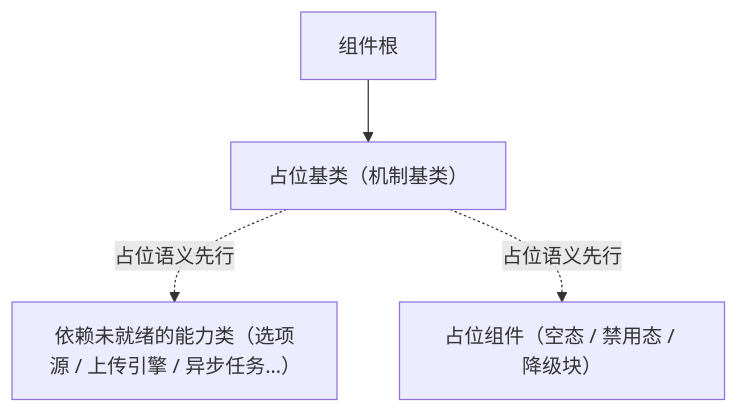
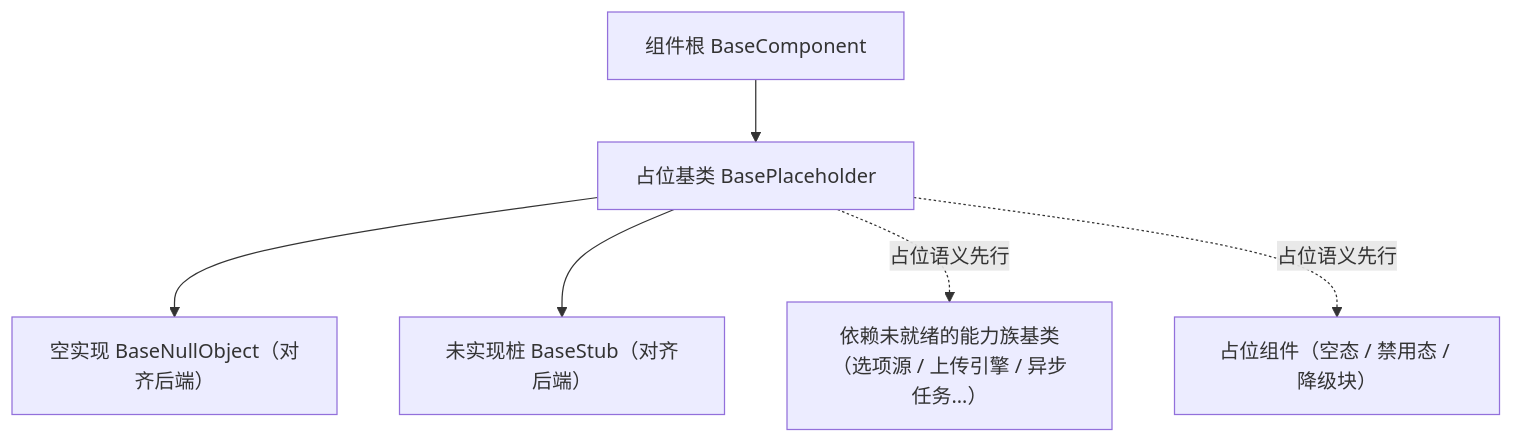
Before and after one commit to minjian123/basic-management-system: the diagram in bms文档/设计/组件设计/02_基础组件类/01_机制基类/04_组件设计_占位基类/04_组件设计_占位基类.md, drawn with Mermaid. The commit also changed other lines of this file and 126 other files, not shown here.

````diff
--- a/bms文档/设计/组件设计/02_基础组件类/01_机制基类/04_组件设计_占位基类/04_组件设计_占位基类.md
+++ b/bms文档/设计/组件设计/02_基础组件类/01_机制基类/04_组件设计_占位基类/04_组件设计_占位基类.md
@@ -16,6 +16,8 @@
 ```mermaid
 flowchart TD
-    COMP["组件根"] --> PH["占位基类（机制基类）"]
-    PH -. "占位语义先行" .-> CAP["依赖未就绪的能力类（选项源 / 上传引擎 / 异步任务…）"]
+    COMP["组件根 BaseComponent"] --> PH["占位基类 BasePlaceholder"]
+    PH --> NO["空实现 BaseNullObject（对齐后端）"]
+    PH --> ST["未实现桩 BaseStub（对齐后端）"]
+    PH -. "占位语义先行" .-> CAP["依赖未就绪的能力族基类（选项源 / 上传引擎 / 异步任务…）"]
     PH -. "占位语义先行" .-> C["占位组件（空态 / 禁用态 / 降级块）"]
 ```
````
